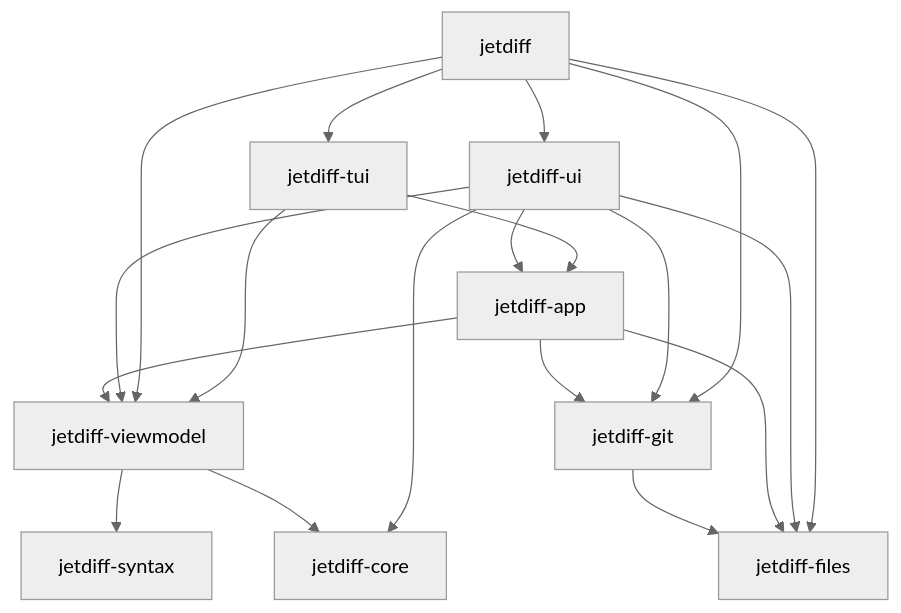
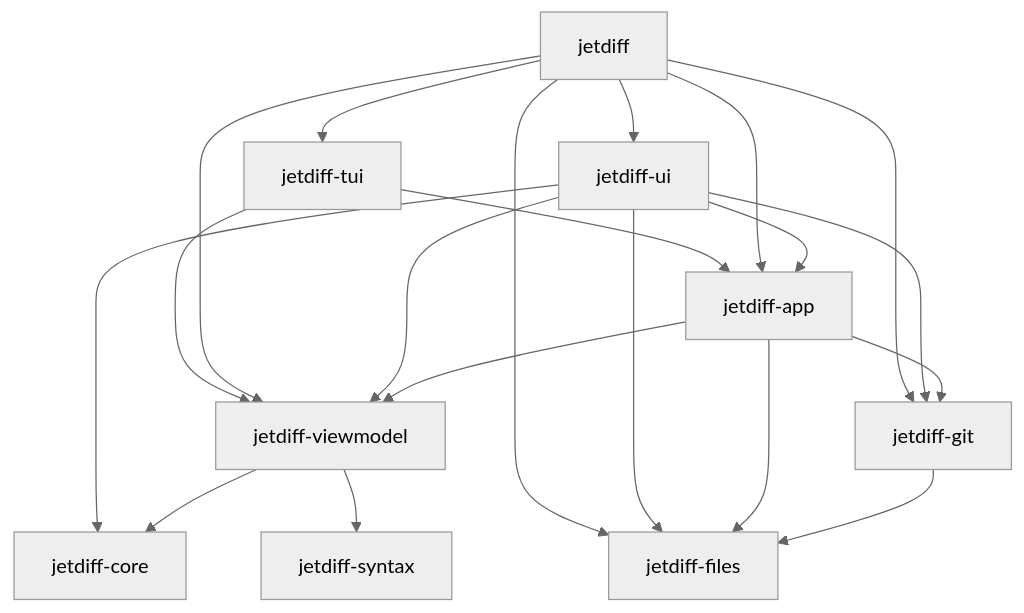
Before and after one commit to akemkers/jetdiff: the diagram in CONTRIBUTING.md, drawn with Mermaid (neutral theme). The commit also changed other lines of this file and 16 other files, not shown here.

````diff
--- a/CONTRIBUTING.md
+++ b/CONTRIBUTING.md
@@ -21,21 +21,22 @@
 ```mermaid
 graph TD
     jetdiff --> ui[jetdiff-ui]
     jetdiff --> tui[jetdiff-tui]
     tui --> app
     tui --> view
     jetdiff --> view[jetdiff-viewmodel]
+    jetdiff --> app
     jetdiff --> git[jetdiff-git]
     jetdiff --> files[jetdiff-files]
     ui --> app[jetdiff-app]
     ui --> view
     ui --> git
     ui --> files
     ui --> core[jetdiff-core]
     app --> view
     app --> git
     app --> files
     view --> core
     view --> syntax[jetdiff-syntax]
     git --> files
 ```
````
